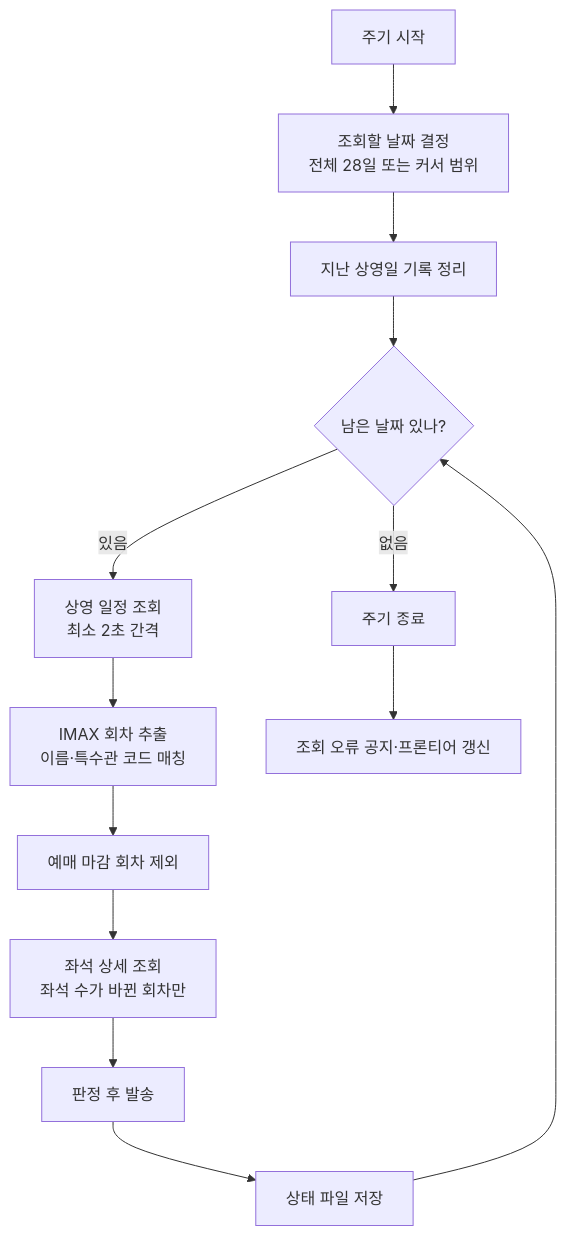
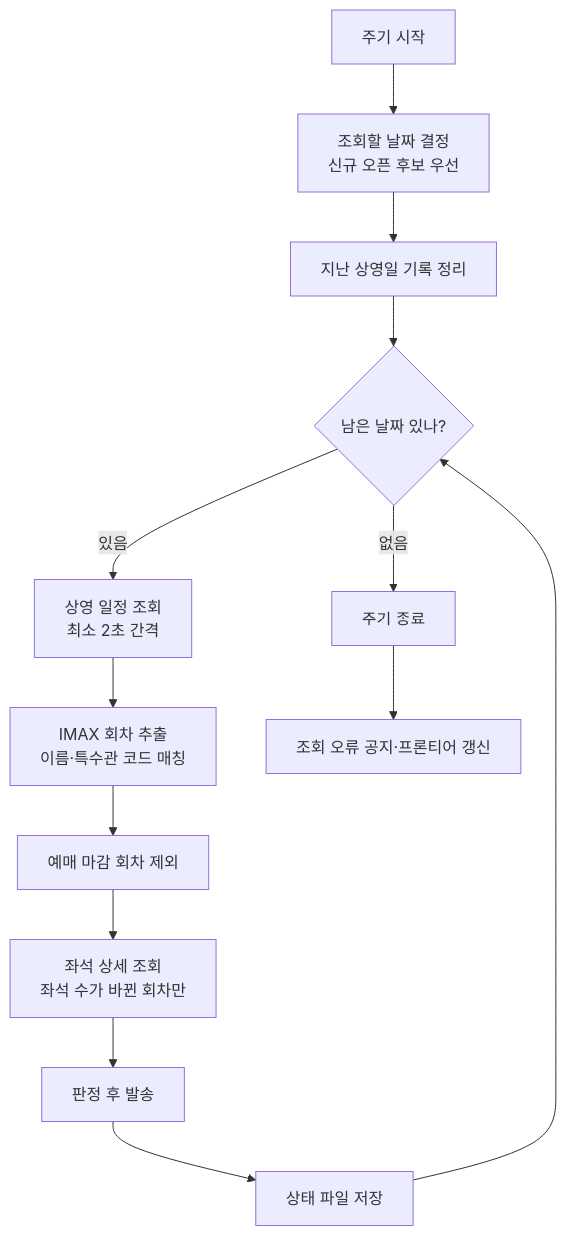
One commit to yuemyname/yongam-bot changed the first of 5 diagrams in docs/alert-flow.md. Above: the diagram before and after it, drawn with Mermaid. The commit also changed other lines of this file and 5 other files, not shown here.

````diff
--- a/docs/alert-flow.md
+++ b/docs/alert-flow.md
@@ -11,15 +11,15 @@
 ```mermaid
 flowchart TD
-    A[주기 시작] --> B[조회할 날짜 결정<br/>전체 28일 또는 커서 범위]
+    A[주기 시작] --> B[조회할 날짜 결정<br/>신규 오픈 후보 우선]
     B --> C[지난 상영일 기록 정리]
     C --> D{남은 날짜 있나?}
     D -->|없음| Z[주기 종료]
     D -->|있음| E[상영 일정 조회<br/>최소 2초 간격]
     E --> F[IMAX 회차 추출<br/>이름·특수관 코드 매칭]
     F --> G[예매 마감 회차 제외]
     G --> H[좌석 상세 조회<br/>좌석 수가 바뀐 회차만]
     H --> I[판정 후 발송]
     I --> J[상태 파일 저장]
     J --> D
     Z --> K[조회 오류 공지·프론티어 갱신]
 ```
````
